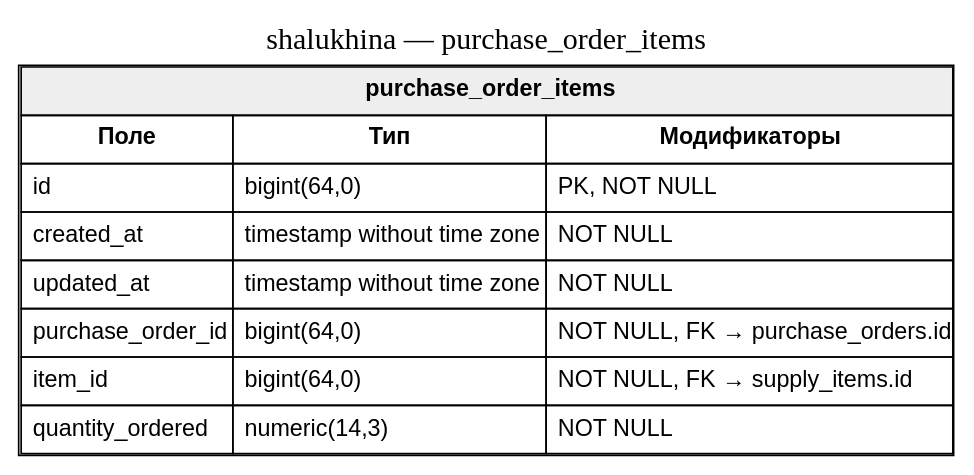
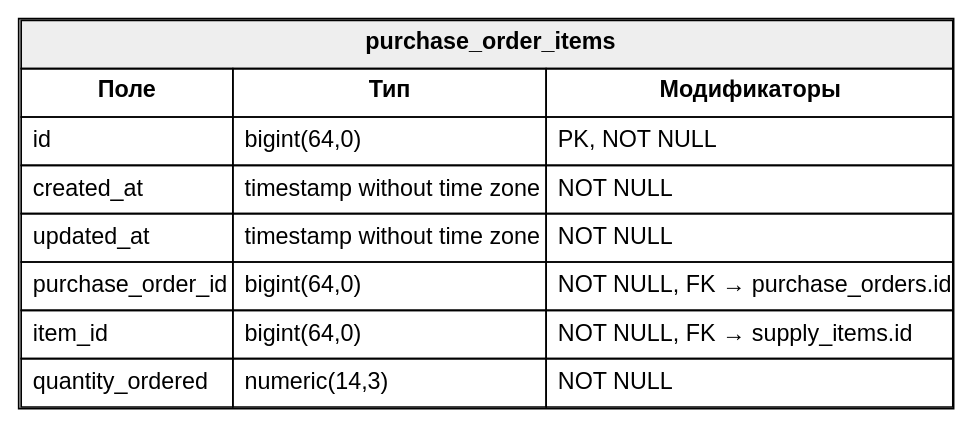
One commit to diplomas-2026/shalukhina changed the diagram in database-screenshots/dot/tables/purchase_order_items.dot. Above: the diagram before and after it, drawn with Graphviz. The commit also changed 29 other files, not shown here.

Commit message:
Add database schema screenshots

```diff
--- a/database-screenshots/dot/tables/purchase_order_items.dot
+++ b/database-screenshots/dot/tables/purchase_order_items.dot
@@ -1,7 +1,5 @@
 digraph single_table {
   graph [rankdir=TB, fontsize=18];
   node [shape=plain, fontname="Arial"];
-  label="shalukhina — purchase_order_items";
-  labelloc=t;
   "purchase_order_items" [label=<<TABLE BORDER="1" CELLBORDER="1" CELLSPACING="0" CELLPADDING="6"><TR><TD BGCOLOR="#eeeeee" COLSPAN="3"><B>purchase_order_items</B></TD></TR><TR><TD><B>Поле</B></TD><TD><B>Тип</B></TD><TD><B>Модификаторы</B></TD></TR><TR><TD ALIGN="LEFT">id</TD><TD ALIGN="LEFT">bigint(64,0)</TD><TD ALIGN="LEFT">PK, NOT NULL</TD></TR><TR><TD ALIGN="LEFT">created_at</TD><TD ALIGN="LEFT">timestamp without time zone</TD><TD ALIGN="LEFT">NOT NULL</TD></TR><TR><TD ALIGN="LEFT">updated_at</TD><TD ALIGN="LEFT">timestamp without time zone</TD><TD ALIGN="LEFT">NOT NULL</TD></TR><TR><TD ALIGN="LEFT">purchase_order_id</TD><TD ALIGN="LEFT">bigint(64,0)</TD><TD ALIGN="LEFT">NOT NULL, FK → purchase_orders.id</TD></TR><TR><TD ALIGN="LEFT">item_id</TD><TD ALIGN="LEFT">bigint(64,0)</TD><TD ALIGN="LEFT">NOT NULL, FK → supply_items.id</TD></TR><TR><TD ALIGN="LEFT">quantity_ordered</TD><TD ALIGN="LEFT">numeric(14,3)</TD><TD ALIGN="LEFT">NOT NULL</TD></TR></TABLE>>];
 }
```
